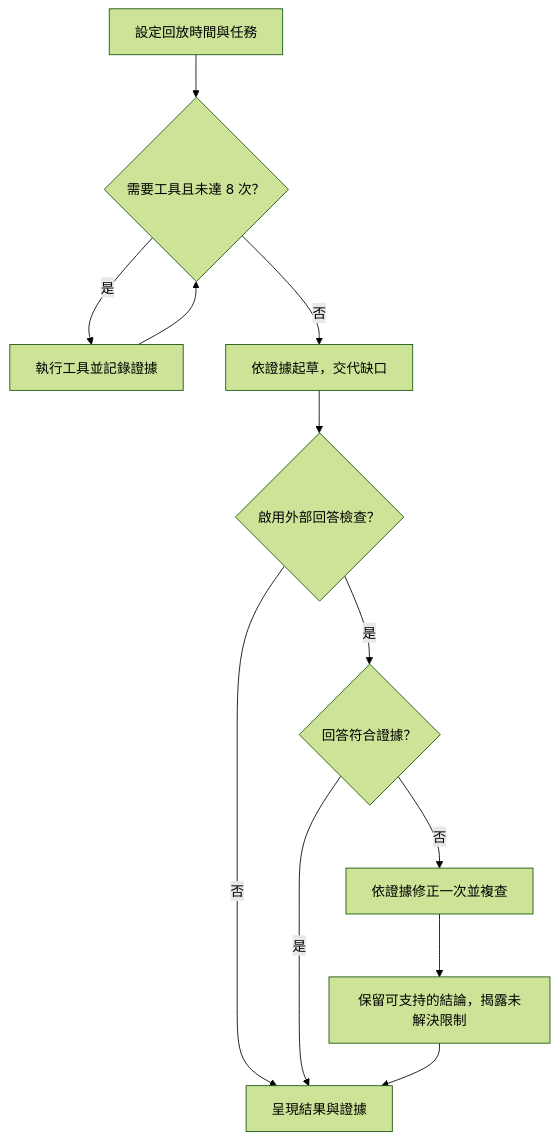
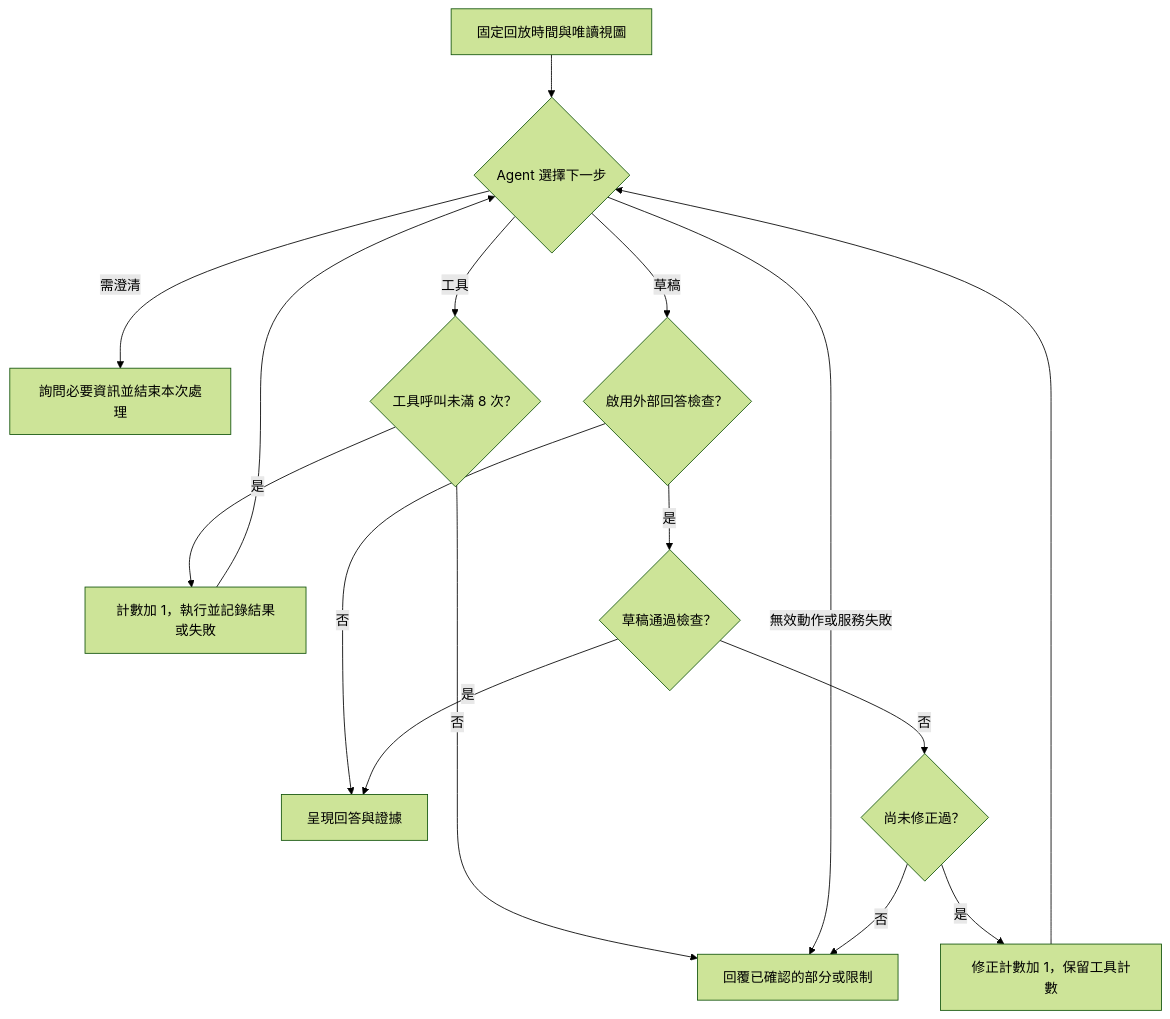
The second of 2 diagrams in DESIGN.md (lun-09-15/AIot_DIC_3), drawn with Mermaid (forest theme) before and after one commit. The commit also changed other lines of this file and 6 other files, not shown here.

````diff
--- a/DESIGN.md
+++ b/DESIGN.md
@@ -46,14 +48,18 @@
 ```mermaid
 flowchart TD
-    Q["設定回放時間與任務"] --> T{"需要工具且未達 8 次？"}
-    T -->|是| R["執行工具並記錄證據"]
-    R --> T
-    T -->|否| D["依證據起草，交代缺口"]
-    D --> A{"啟用外部回答檢查？"}
-    A -->|否| O["呈現結果與證據"]
-    A -->|是| V{"回答符合證據？"}
+    Q["固定回放時間與唯讀視圖"] --> P{"Agent 選擇下一步"}
+    P -->|需澄清| C["詢問必要資訊並結束本次處理"]
+    P -->|工具| T{"工具呼叫未滿 8 次？"}
+    T -->|是| R["計數加 1，執行並記錄結果或失敗"]
+    R --> P
+    T -->|否| S["回覆已確認的部分或限制"]
+    P -->|無效動作或服務失敗| S
+    P -->|草稿| A{"啟用外部回答檢查？"}
+    A -->|否| O["呈現回答與證據"]
+    A -->|是| V{"草稿通過檢查？"}
     V -->|是| O
-    V -->|否| F["依證據修正一次並複查"]
-    F --> S["保留可支持的結論，揭露未解決限制"]
-    S --> O
+    V -->|否| F{"尚未修正過？"}
+    F -->|是| U["修正計數加 1，保留工具計數"]
+    U --> P
+    F -->|否| S
 ```
````
